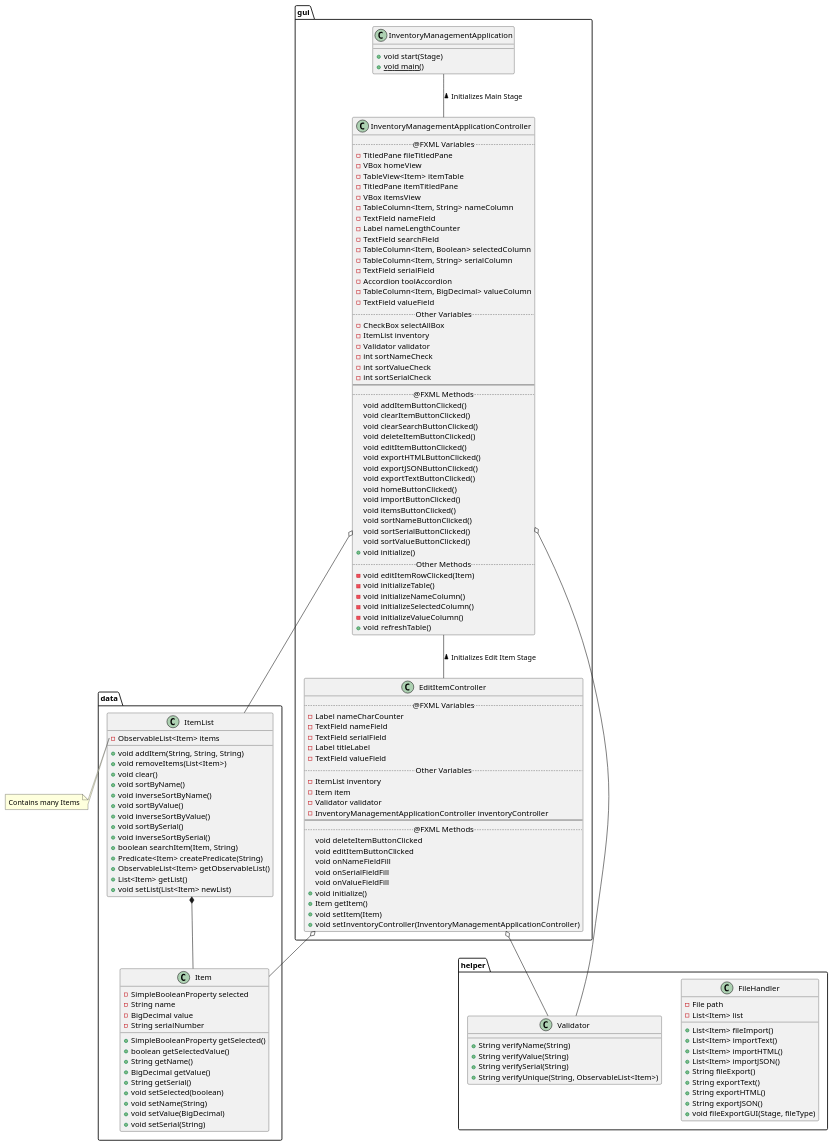
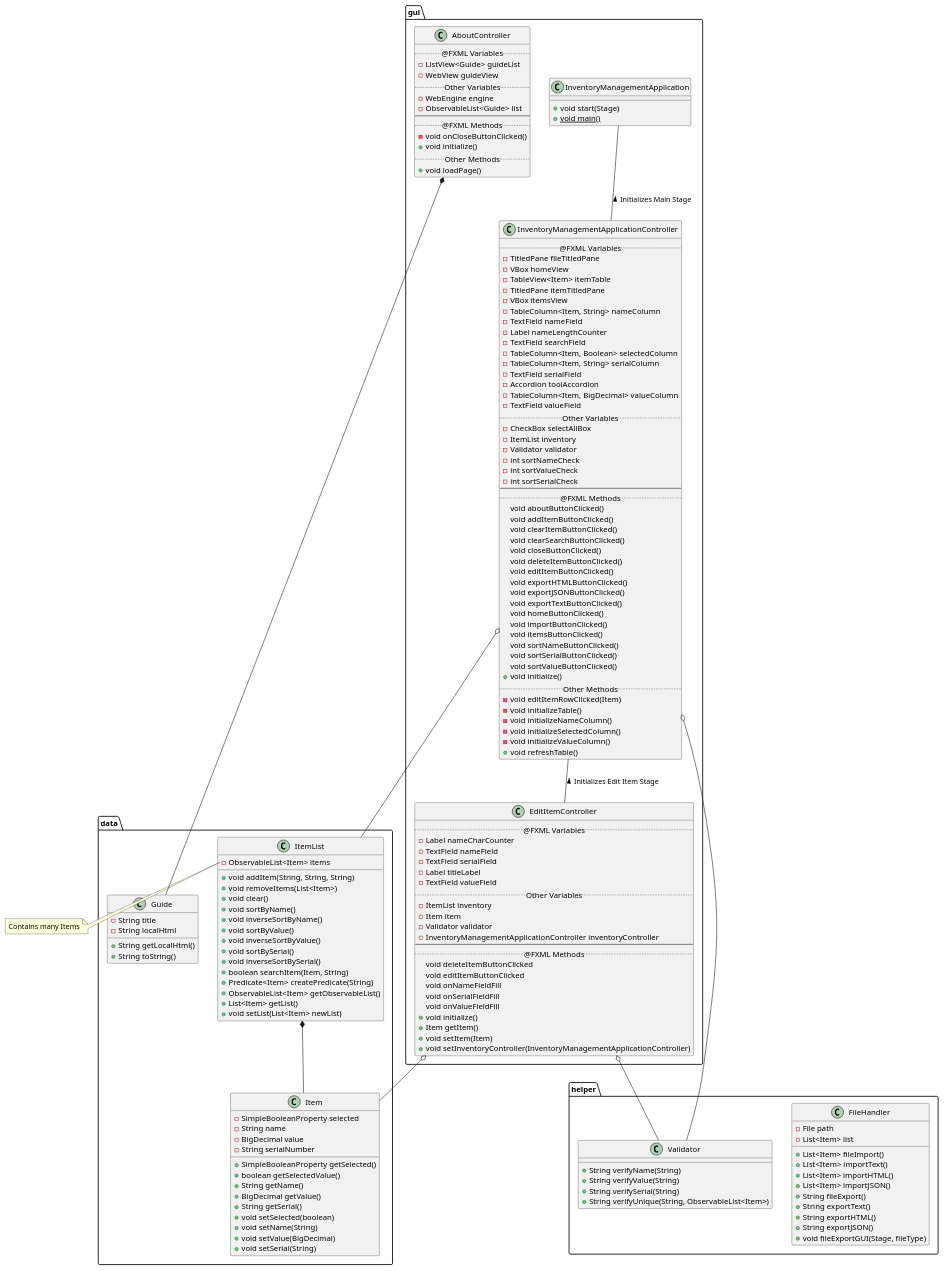
Before and after one commit to lastingParadox/inventory-manager: the diagram in docs/classes.puml, drawn with PlantUML. The commit also changed 20 other files, not shown here.

Commit message:
Added about scene css, fixed search bar, edited plantUML diagram

```diff
--- a/docs/classes.puml
+++ b/docs/classes.puml
@@ -1,161 +1,187 @@
 @startuml
 
 package "data" {
+
+    class Guide {
+        -String title
+        -String localHtml
+
+        +String getLocalHtml()
+        +String toString()
+    }
 
     class Item {
         -SimpleBooleanProperty selected
         -String name
         -BigDecimal value
         -String serialNumber
 
         +SimpleBooleanProperty getSelected()
         +boolean getSelectedValue()
         +String getName()
         +BigDecimal getValue()
         +String getSerial()
         +void setSelected(boolean)
         +void setName(String)
         +void setValue(BigDecimal)
         +void setSerial(String)
     }
 
     class ItemList {
         -ObservableList<Item> items
 
         +void addItem(String, String, String)
         +void removeItems(List<Item>)
         +void clear()
         +void sortByName()
         +void inverseSortByName()
         +void sortByValue()
         +void inverseSortByValue()
         +void sortBySerial()
         +void inverseSortBySerial()
         +boolean searchItem(Item, String)
         +Predicate<Item> createPredicate(String)
         +ObservableList<Item> getObservableList()
         +List<Item> getList()
         +void setList(List<Item> newList)
     }
 
 }
 
 package "gui" {
+    class AboutController {
+        ..@FXML Variables..
+        -ListView<Guide> guideList
+        -WebView guideView
+        ..Other Variables..
+        -WebEngine engine
+        -ObservableList<Guide> list
+        --
+        ..@FXML Methods..
+        -void onCloseButtonClicked()
+        +void initialize()
+        ..Other Methods..
+        +void loadPage()
+    }
+
     class EditItemController {
         ..@FXML Variables..
         -Label nameCharCounter
         -TextField nameField
         -TextField serialField
         -Label titleLabel
         -TextField valueField
         ..Other Variables..
         -ItemList inventory
         -Item item
         -Validator validator
         -InventoryManagementApplicationController inventoryController
         --
         ..@FXML Methods..
         void deleteItemButtonClicked
         void editItemButtonClicked
         void onNameFieldFill
         void onSerialFieldFill
         void onValueFieldFill
         +void initialize()
         +Item getItem()
         +void setItem(Item)
         +void setInventoryController(InventoryManagementApplicationController)
     }
 
     class InventoryManagementApplication {
         +void start(Stage)
         +{static}void main()
     }
 
     class InventoryManagementApplicationController {
         ..@FXML Variables..
         -TitledPane fileTitledPane
         -VBox homeView
         -TableView<Item> itemTable
         -TitledPane itemTitledPane
         -VBox itemsView
         -TableColumn<Item, String> nameColumn
         -TextField nameField
         -Label nameLengthCounter
         -TextField searchField
         -TableColumn<Item, Boolean> selectedColumn
         -TableColumn<Item, String> serialColumn
         -TextField serialField
         -Accordion toolAccordion
         -TableColumn<Item, BigDecimal> valueColumn
         -TextField valueField
         ..Other Variables..
         -CheckBox selectAllBox
         -ItemList inventory
         -Validator validator
         -int sortNameCheck
         -int sortValueCheck
         -int sortSerialCheck
         --
         ..@FXML Methods..
+        void aboutButtonClicked()
         void addItemButtonClicked()
         void clearItemButtonClicked()
         void clearSearchButtonClicked()
+        void closeButtonClicked()
         void deleteItemButtonClicked()
         void editItemButtonClicked()
         void exportHTMLButtonClicked()
         void exportJSONButtonClicked()
         void exportTextButtonClicked()
         void homeButtonClicked()
         void importButtonClicked()
         void itemsButtonClicked()
         void sortNameButtonClicked()
         void sortSerialButtonClicked()
         void sortValueButtonClicked()
         +void initialize()
         ..Other Methods..
         -void editItemRowClicked(Item)
         -void initializeTable()
         -void initializeNameColumn()
         -void initializeSelectedColumn()
         -void initializeValueColumn()
         +void refreshTable()
     }
 }
 
 package "helper" {
     class FileHandler {
         -File path
         -List<Item> list
 
         +List<Item> fileImport()
         +List<Item> importText()
         +List<Item> importHTML()
         +List<Item> importJSON()
         +String fileExport()
         +String exportText()
         +String exportHTML()
         +String exportJSON()
         +void fileExportGUI(Stage, fileType)
     }
 
     class Validator {
         +String verifyName(String)
         +String verifyValue(String)
         +String verifySerial(String)
         +String verifyUnique(String, ObservableList<Item>)
     }
 }
 
 InventoryManagementApplication -- InventoryManagementApplicationController : < Initializes Main Stage
 InventoryManagementApplicationController -- EditItemController : < Initializes Edit Item Stage
 InventoryManagementApplicationController o-- ItemList
 InventoryManagementApplicationController o-- Validator
 EditItemController o-- Validator
 EditItemController o-- Item
+AboutController *-- Guide
 ItemList *-- Item
 
 note left of ItemList::items
     Contains many Items
 end note
 
 @enduml
```
